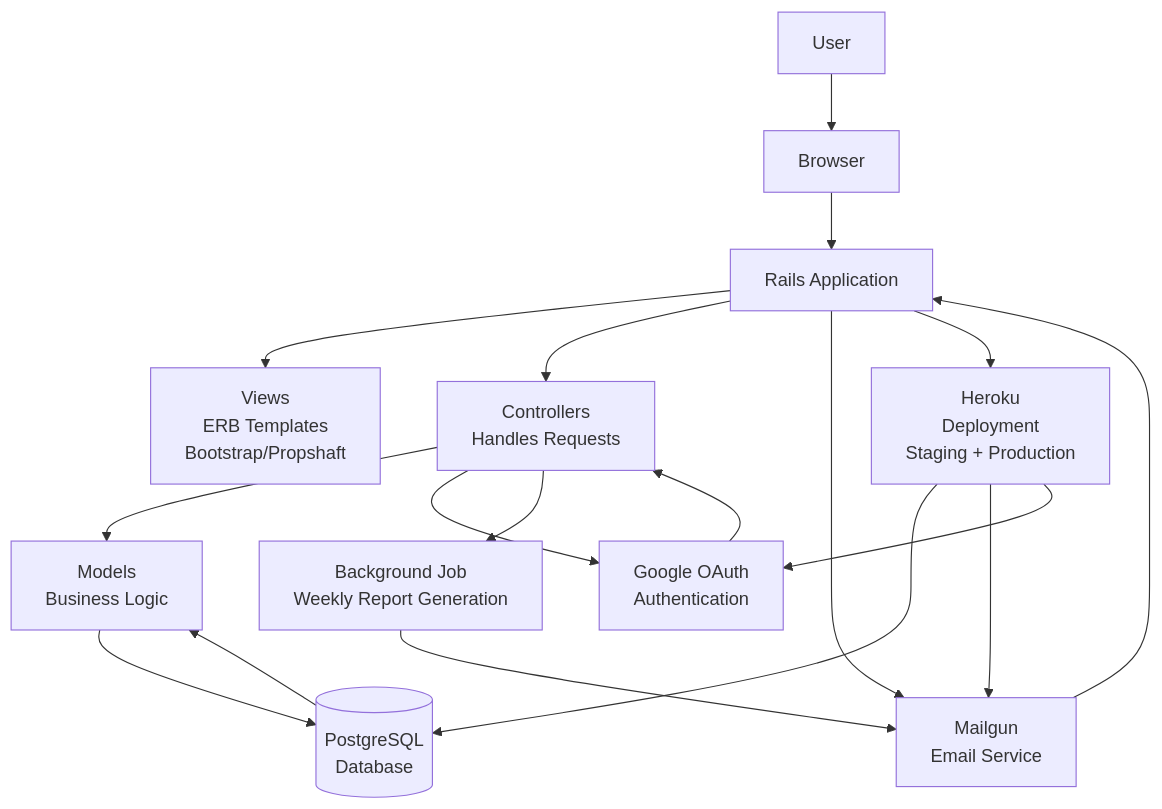
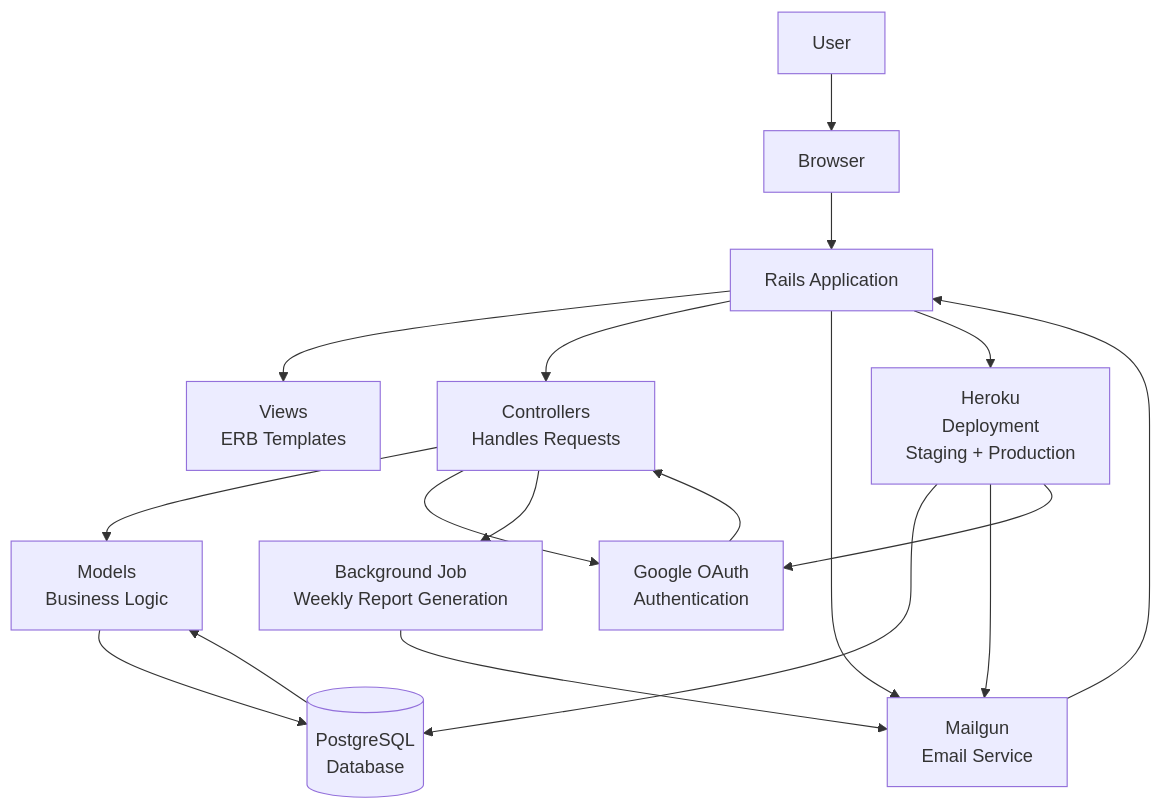
The first of 2 diagrams in architecture_diagrams.md (tamu-edu-students/CSCE606-group5-project1), drawn with Mermaid before and after one commit. The commit also changed other lines of this file and 1 other file, not shown here.

Commit message:
modified small design changes

````diff
--- a/architecture_diagrams.md
+++ b/architecture_diagrams.md
@@ -5,20 +5,20 @@
 ```mermaid
 flowchart TD
     U[User] --> B[Browser]
     B --> R[Rails Application]
-    R --> V[Views<br/>ERB Templates<br/>Bootstrap/Propshaft]
+    R --> V[Views<br/>ERB Templates]
     R --> C[Controllers<br/>Handles Requests]
     C --> M[Models<br/>Business Logic]
     M --> DB[(PostgreSQL<br/>Database)]
     DB --> M
     C --> Auth[Google OAuth<br/>Authentication]
     Auth --> C
     R --> Mail[Mailgun<br/>Email Service]
     Mail --> R
     R --> H[Heroku<br/>Deployment<br/>Staging + Production]
     H --> DB
     H --> Mail
     H --> Auth
     C --> JT[Background Job<br/>Weekly Report Generation]
     JT --> Mail
 ```
````
